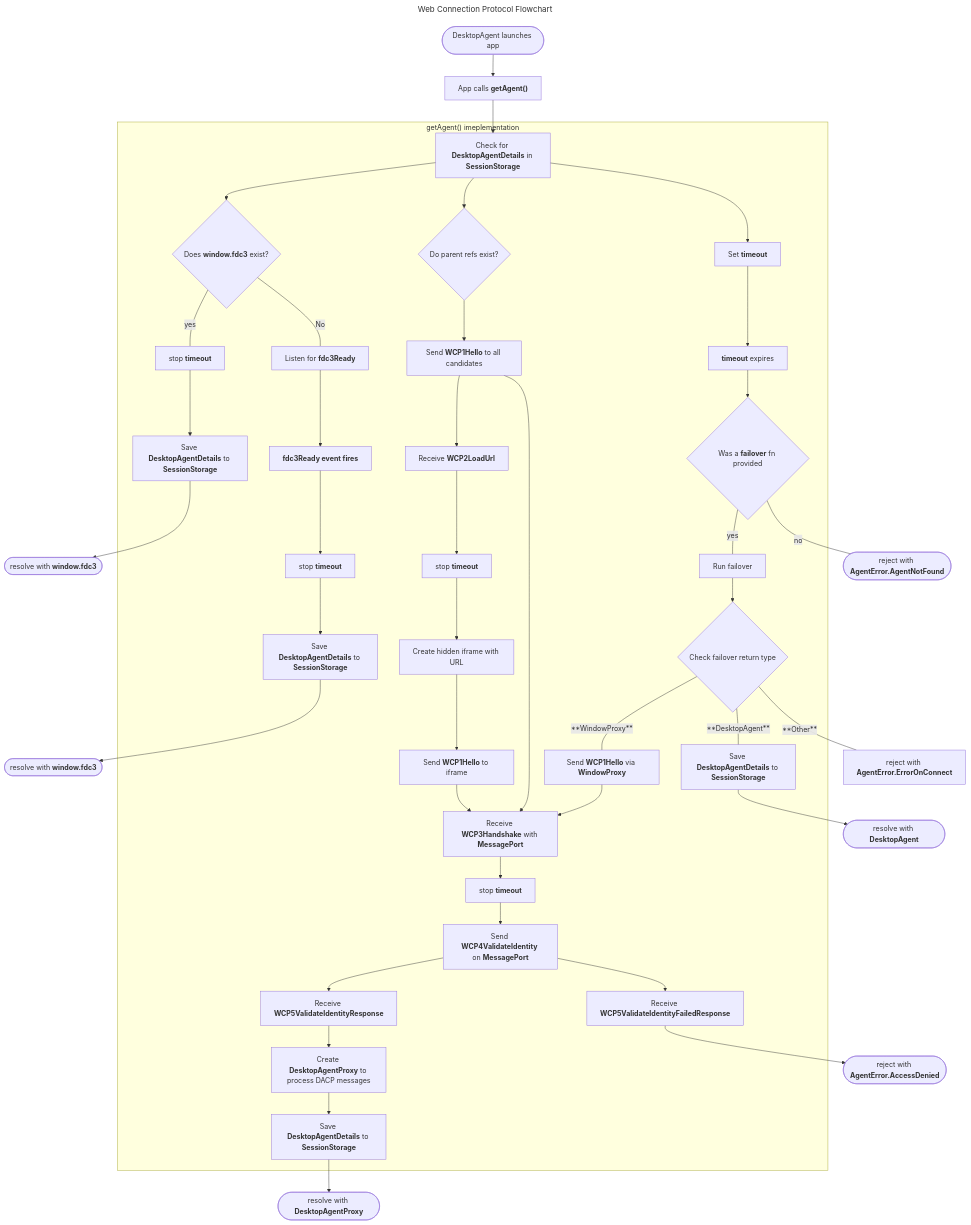
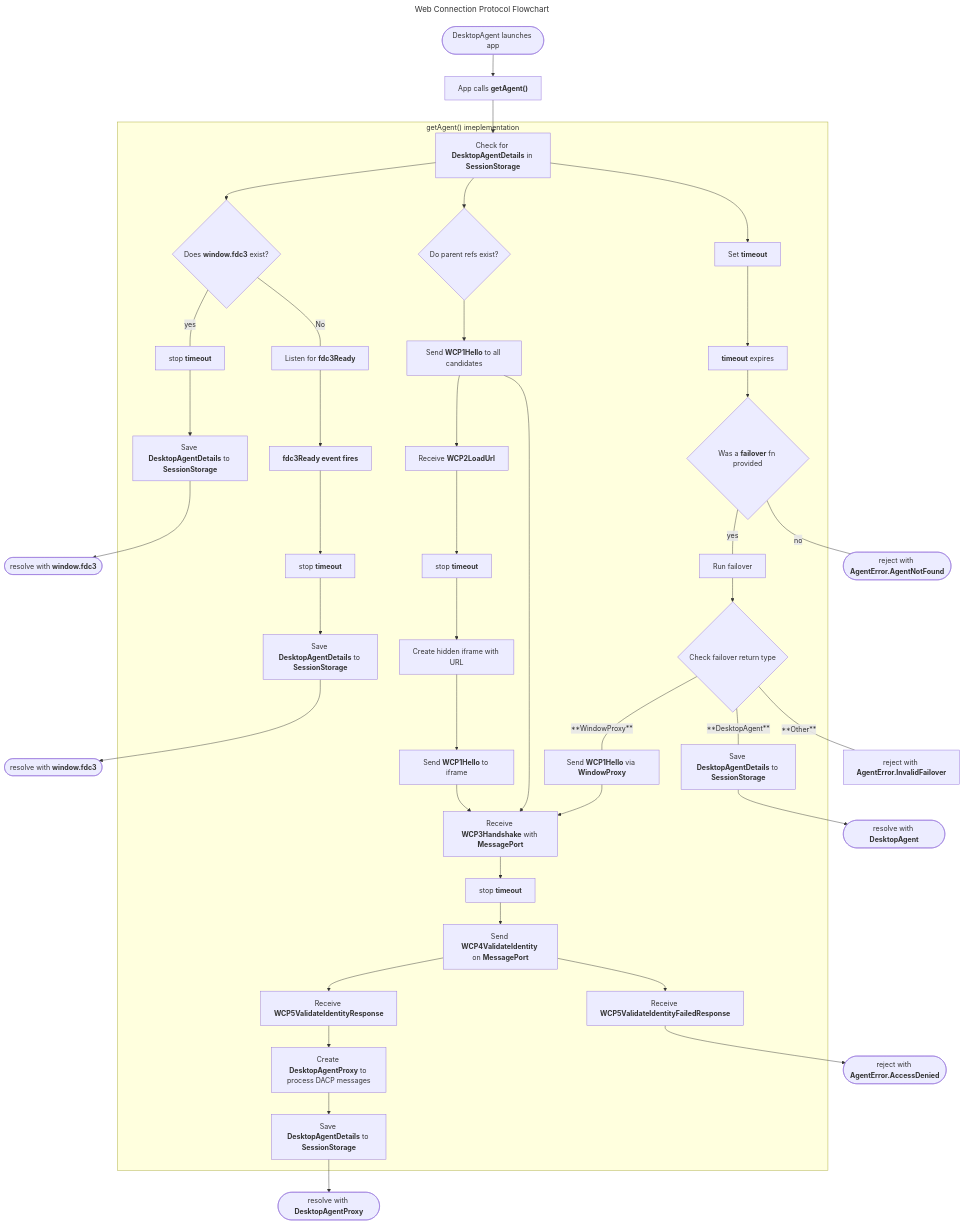
One commit to finos/FDC3 changed the first of 2 diagrams in docs/api/specs/webConnectionProtocol.md. Above: the diagram before and after it, drawn with Mermaid. The commit also changed other lines of this file, not shown here.

````diff
--- a/docs/api/specs/webConnectionProtocol.md
+++ b/docs/api/specs/webConnectionProtocol.md
@@ -245,49 +257,49 @@
 ```mermaid
 ---
 title: "Web Connection Protocol Flowchart" 
 ---
 flowchart TD
     A1([DesktopAgent launches app]) --> A2["`App calls **getAgent()**`"]
     A2 --> A3["`Check for **DesktopAgentDetails** in **SessionStorage**`"]
 
     subgraph "getAgent() imeplementation"
       A3 --> P1{"`Does **window.fdc3** exist?`"}
       P1 ---|yes|P2["`stop **timeout**`"]
       P2 --> P21["`Save **DesktopAgentDetails** to **SessionStorage**`"]
       P1 ---|No|P3["`Listen for **fdc3Ready**`"]
       P3 --> P31["`**fdc3Ready event fires**`"]
       P31 --> P32["`stop **timeout**`"]
       P32 --> P33["`Save **DesktopAgentDetails** to **SessionStorage**`"]
       
       A3 --> B1{"`Do parent refs exist?`"}
       B1 --> B11["`Send **WCP1Hello** to all candidates`"]
       B11 --> B2["`Receive **WCP2LoadUrl**`"]
       B2 --> B21["`stop **timeout**`"]
       B21 --> B22["`Create hidden iframe with URL`"]
       B22 --> B23["`Send **WCP1Hello** to iframe`"]
       B23 --> B3["`Receive **WCP3Handshake** with **MessagePort**`"]
       B3 --> B31["`stop **timeout**`"]
       B11 --> B3
       B31 --> B32["`Send **WCP4ValidateIdentity** on **MessagePort**`"]
       B32 --> B321["`Receive **WCP5ValidateIdentityResponse**`"]
       B321 --> B3211["`Create **DesktopAgentProxy** to process DACP messages`"]
       B3211 --> B3212["`Save **DesktopAgentDetails** to **SessionStorage**`"]
       B32 --> B322["`Receive **WCP5ValidateIdentityFailedResponse**`"]
       
       A3 --> T1["`Set **timeout**`"]
       T1 --> T2["`**timeout** expires`"]
       T2 --> T3{"`Was a **failover** fn provided`"}
       T3 ---|yes|T31["`Run failover`"]
       T31 --> T311{"`Check failover return type`"}
       T311 ---|**WindowProxy**|T3111["`Send **WCP1Hello** via **WindowProxy**`"]
       T311 ---|**DesktopAgent**|T3112["`Save **DesktopAgentDetails** to **SessionStorage**`"]
       T3111 --> B3
     end
     P21 -->P22(["`resolve with **window.fdc3**`"])
     P33 -->P34(["`resolve with **window.fdc3**`"])
     B3212 --> B3213(["`resolve with **DesktopAgentProxy**`"])
     B322 --> B3221(["`reject with **AgentError.AccessDenied**`"])
     T3112 --> T31121(["`resolve with **DesktopAgent**`"])
     T3 ---|no|T32(["`reject with **AgentError.AgentNotFound**`"])
-    T311 ---|**Other**|T3113["`reject with **AgentError.ErrorOnConnect**`"]
+    T311 ---|**Other**|T3113["`reject with **AgentError.InvalidFailover**`"]
 ```
````
